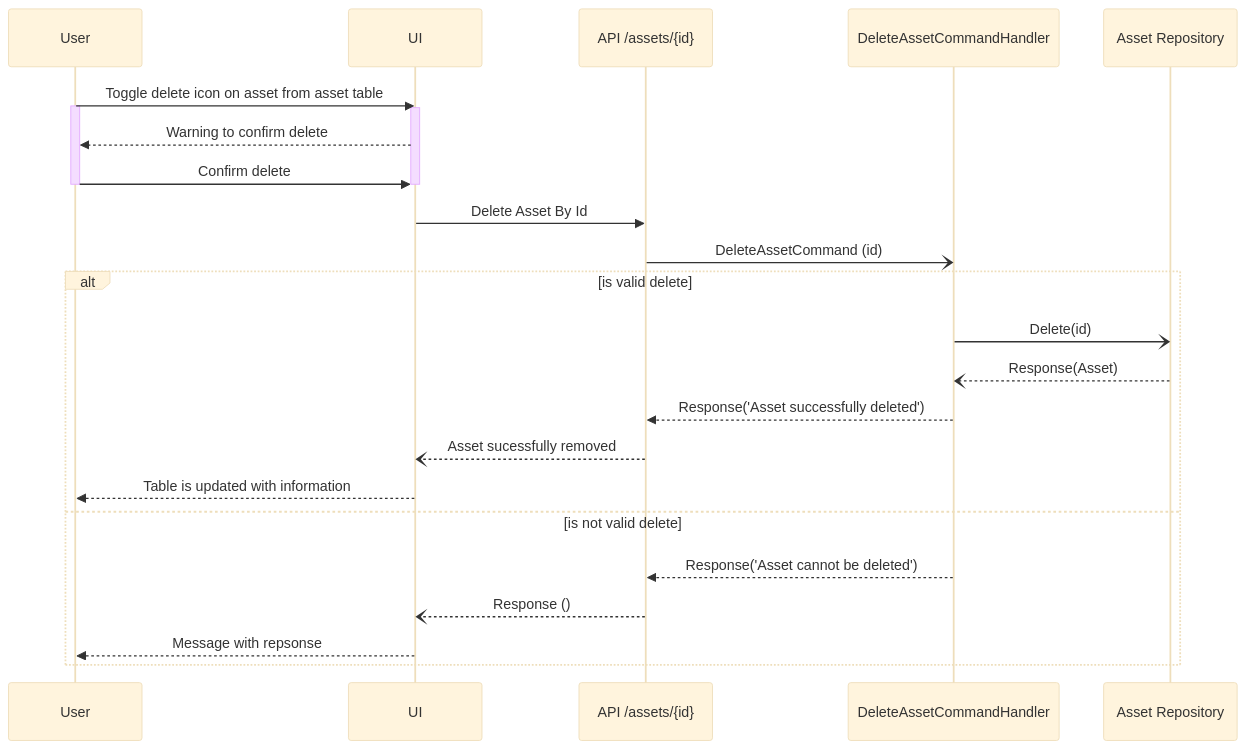
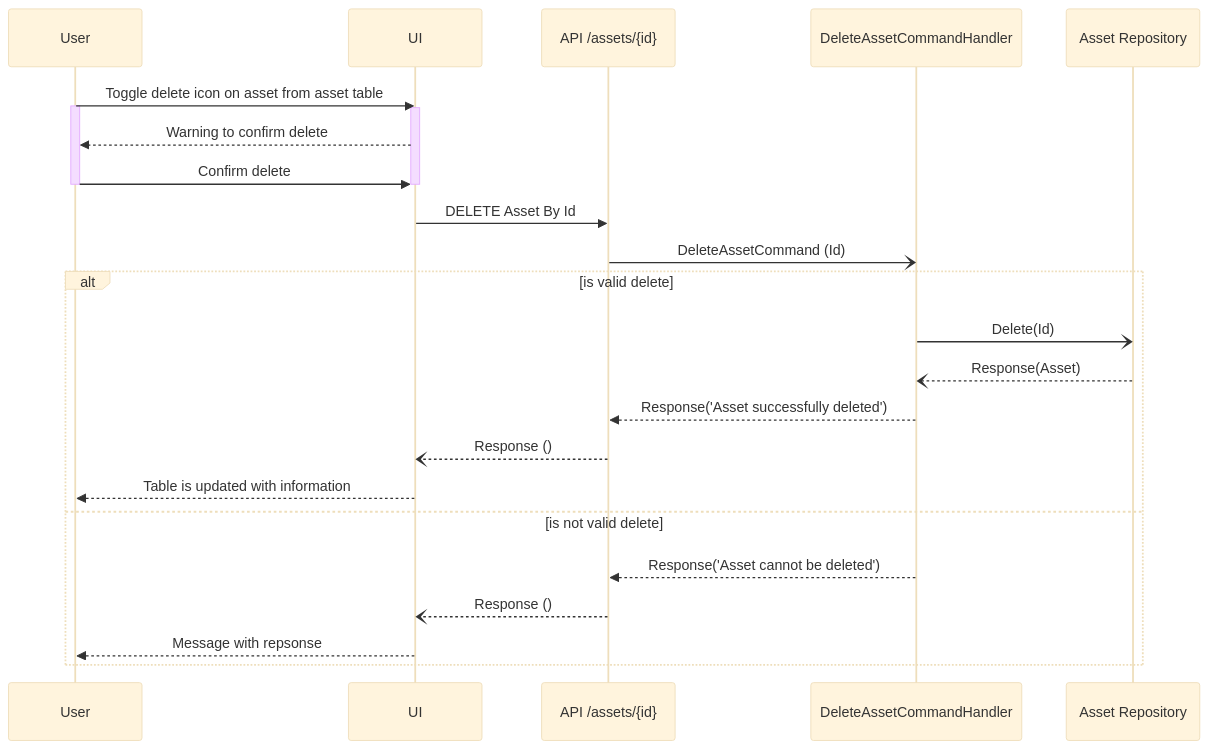
The diagram in docs/sequence-diagrams/delete-asset.md (livun/bouvet-asset-hub), drawn with Mermaid (base theme) before and after one commit. The commit also changed 9 other files, not shown here.

Commit message:
Finished with sequence diagrams

````diff
--- a/docs/sequence-diagrams/delete-asset.md
+++ b/docs/sequence-diagrams/delete-asset.md
@@ -3,30 +3,30 @@
 ```mermaid
 sequenceDiagram
     User ->> UI : Toggle delete icon on asset from asset table
     Activate User
     
         Activate UI
             UI -->> User : Warning to confirm delete
             User ->> UI : Confirm delete
         Deactivate UI
     
     Deactivate User
     
-    UI ->> API /assets/{id}: Delete Asset By Id
-    API /assets/{id} -) DeleteAssetCommandHandler : DeleteAssetCommand (id)
+    UI ->> API /assets/{id}: DELETE Asset By Id
+    API /assets/{id} -) DeleteAssetCommandHandler : DeleteAssetCommand (Id)
 
     Alt is valid delete
         
-        DeleteAssetCommandHandler -) Asset Repository : Delete(id)
+        DeleteAssetCommandHandler -) Asset Repository : Delete(Id)
         Asset Repository  --) DeleteAssetCommandHandler : Response(Asset)
         DeleteAssetCommandHandler -->> API /assets/{id} : Response('Asset successfully deleted')
-        API /assets/{id} --) UI  : Asset sucessfully removed
+        API /assets/{id} --) UI  : Response ()
         UI -->> User : Table is updated with information
 
     else is not valid delete
         DeleteAssetCommandHandler -->> API /assets/{id} : Response('Asset cannot be deleted')
         API /assets/{id} --) UI  : Response ()
         UI -->> User : Message with repsonse
 
     end
 ```
````
